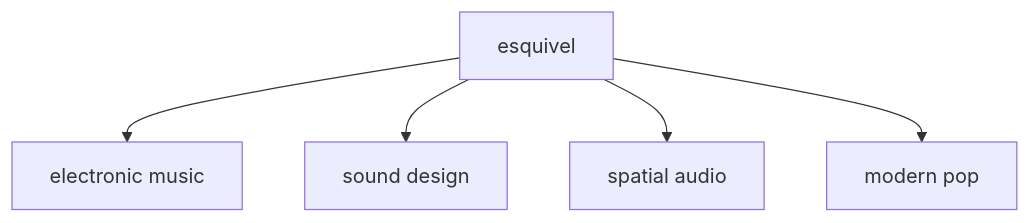
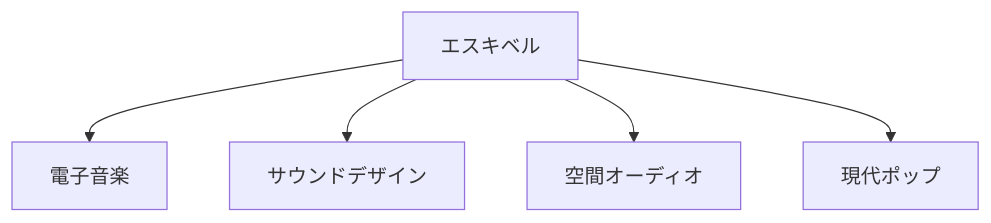
Before and after one commit to monumental-movement/monumental-movement.github.io: the fifth of 6 diagrams in en/_posts/2026-03-21-column-esquivel.md, drawn with Mermaid. The commit also changed other lines of this file and 2196 other files, not shown here.

```diff
--- a/en/_posts/2026-03-21-column-esquivel.md
+++ b/en/_posts/2026-03-21-column-esquivel.md
@@ -194,7 +194,7 @@
 <div class="mermaid">
 graph TD
-A[esquivel] --> B[electronic music]
-A --> C[sound design]
-A --> D[spatial audio]
-A --> E[modern pop]
+A[エスキベル] --> B[電子音楽]
+A --> C[サウンドデザイン]
+A --> D[空間オーディオ]
+A --> E[現代ポップ]
 </div>
```
